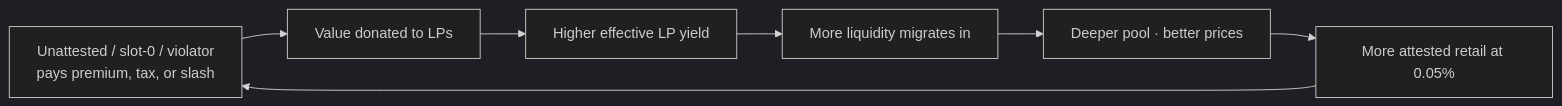
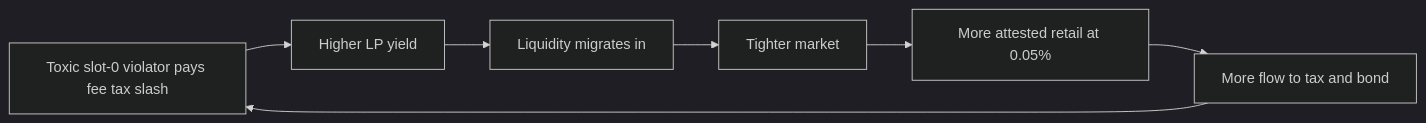
One commit to Najnomics/fair-path changed the third of 3 diagrams in README.md. Above: the diagram before and after it, drawn with Mermaid (dark theme). The commit also changed other lines of this file, not shown here.

Commit message:
Expand the README with idea, flow, deployments, integrations, and the business case.

````diff
--- a/README.md
+++ b/README.md
@@ -245,9 +182,9 @@
 ```mermaid
 flowchart LR
-    A[Unattested / slot-0 / violator<br/>pays premium, tax, or slash] --> B[Value donated to LPs]
-    B --> C[Higher effective LP yield]
-    C --> D[More liquidity migrates in]
-    D --> E[Deeper pool · better prices]
-    E --> F[More attested retail at 0.05%]
-    F --> A
+    Pay[Toxic slot-0 violator pays fee tax slash] --> LP[Higher LP yield]
+    LP --> Liq[Liquidity migrates in]
+    Liq --> Px[Tighter market]
+    Px --> Retail[More attested retail at 0.05%]
+    Retail --> Vol[More flow to tax and bond]
+    Vol --> Pay
 ```
````
